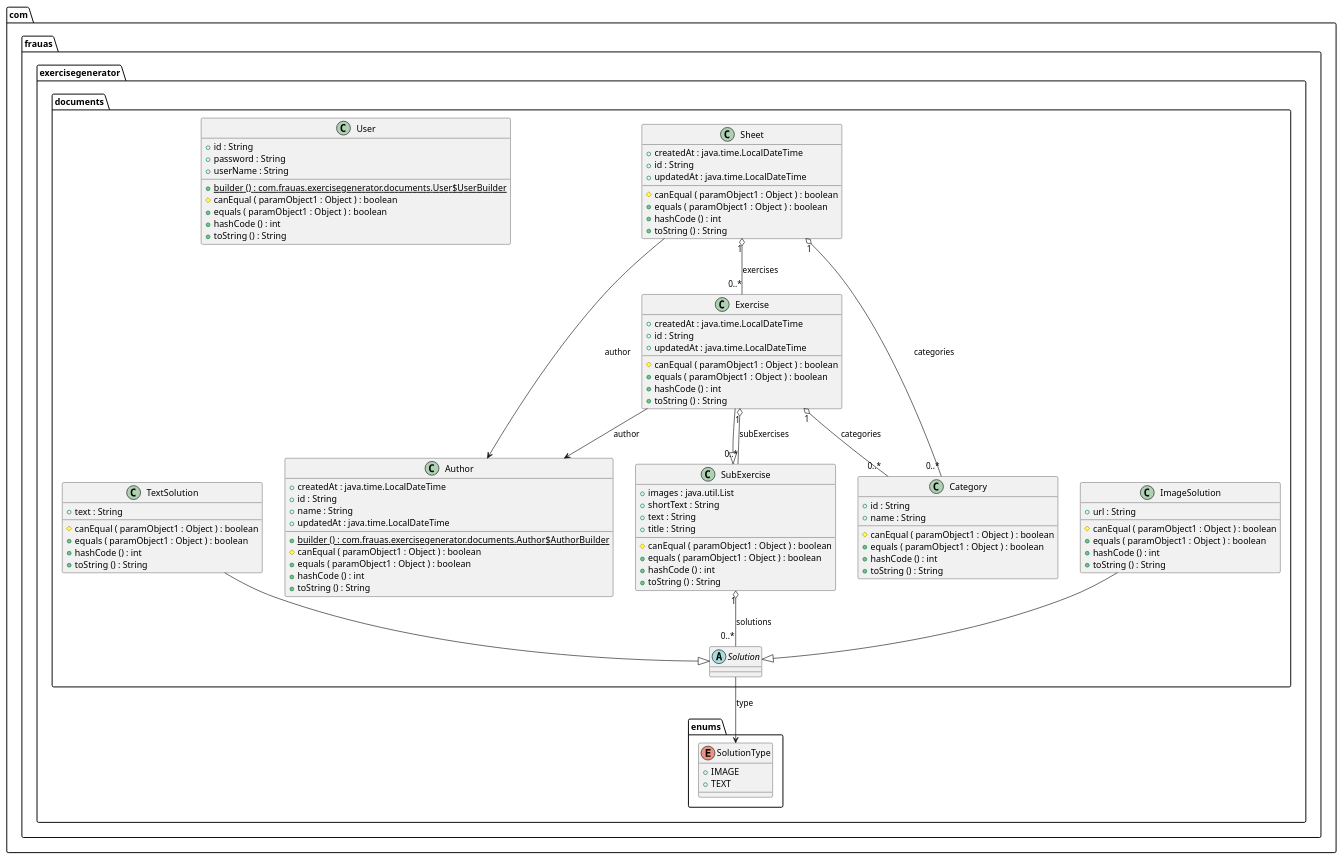
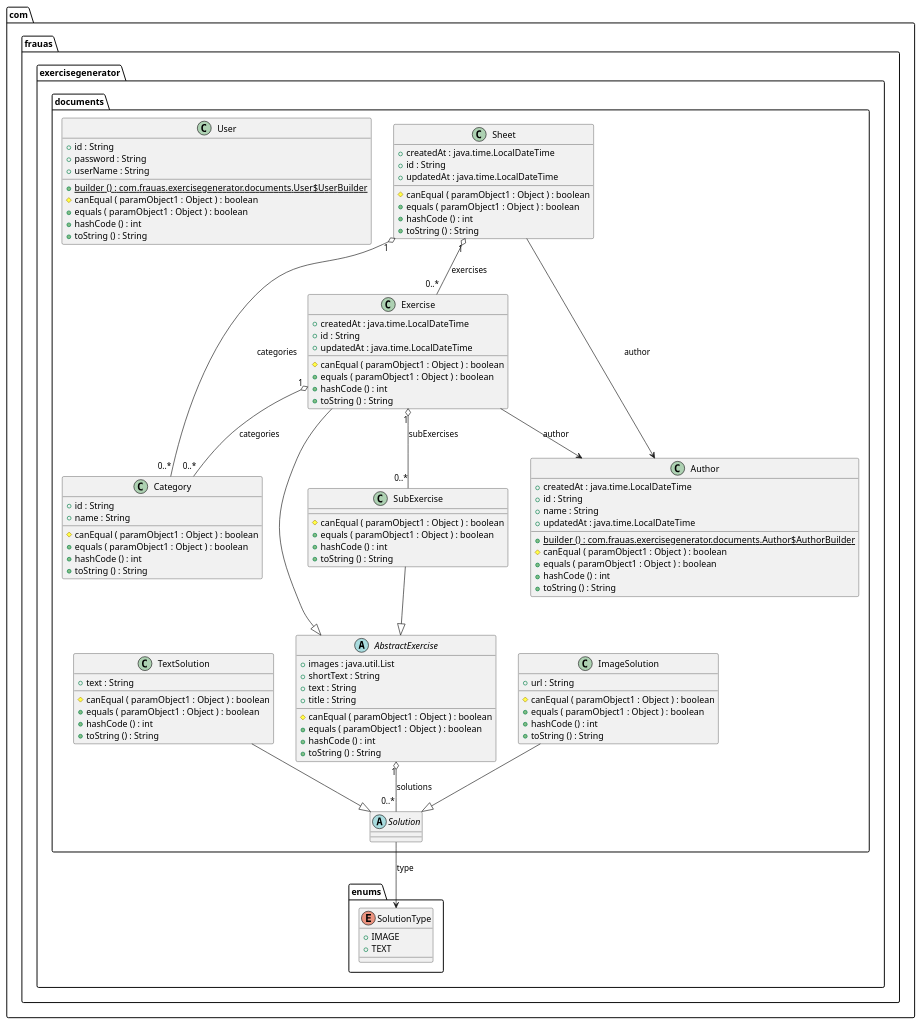
Before and after one commit to CarlaHofmann/exercise-generator-be: the diagram in doc/diagram.puml, drawn with PlantUML. The commit also changed 4 other files, not shown here.

Commit message:
fix: use abstract exercise class for inheritance

```diff
--- a/doc/diagram.puml
+++ b/doc/diagram.puml
@@ -1,115 +1,124 @@
 @startuml
+
+abstract class com.frauas.exercisegenerator.documents.AbstractExercise {
+	{field} +images : java.util.List
+	{field} +shortText : String
+	{field} +text : String
+	{field} +title : String
+	{method} #canEqual ( paramObject1 : Object ) : boolean
+	{method} +equals ( paramObject1 : Object ) : boolean
+	{method} +hashCode () : int
+	{method} +toString () : String
+}
+
 
 class com.frauas.exercisegenerator.documents.Author {
 	{field} +createdAt : java.time.LocalDateTime
 	{field} +id : String
 	{field} +name : String
 	{field} +updatedAt : java.time.LocalDateTime
 	{method}  {static} +builder () : com.frauas.exercisegenerator.documents.Author$AuthorBuilder
 	{method} #canEqual ( paramObject1 : Object ) : boolean
 	{method} +equals ( paramObject1 : Object ) : boolean
 	{method} +hashCode () : int
 	{method} +toString () : String
 }
 
 
 class com.frauas.exercisegenerator.documents.Category {
 	{field} +id : String
 	{field} +name : String
 	{method} #canEqual ( paramObject1 : Object ) : boolean
 	{method} +equals ( paramObject1 : Object ) : boolean
 	{method} +hashCode () : int
 	{method} +toString () : String
 }
 
 
 class com.frauas.exercisegenerator.documents.Exercise {
 	{field} +createdAt : java.time.LocalDateTime
 	{field} +id : String
 	{field} +updatedAt : java.time.LocalDateTime
 	{method} #canEqual ( paramObject1 : Object ) : boolean
 	{method} +equals ( paramObject1 : Object ) : boolean
 	{method} +hashCode () : int
 	{method} +toString () : String
 }
 
 
 class com.frauas.exercisegenerator.documents.ImageSolution {
 	{field} +url : String
 	{method} #canEqual ( paramObject1 : Object ) : boolean
 	{method} +equals ( paramObject1 : Object ) : boolean
 	{method} +hashCode () : int
 	{method} +toString () : String
 }
 
 
 class com.frauas.exercisegenerator.documents.Sheet {
 	{field} +createdAt : java.time.LocalDateTime
 	{field} +id : String
 	{field} +updatedAt : java.time.LocalDateTime
 	{method} #canEqual ( paramObject1 : Object ) : boolean
 	{method} +equals ( paramObject1 : Object ) : boolean
 	{method} +hashCode () : int
 	{method} +toString () : String
 }
 
 
 abstract class com.frauas.exercisegenerator.documents.Solution {
 }
 
 
 class com.frauas.exercisegenerator.documents.SubExercise {
-	{field} +images : java.util.List
-	{field} +shortText : String
-	{field} +text : String
-	{field} +title : String
 	{method} #canEqual ( paramObject1 : Object ) : boolean
 	{method} +equals ( paramObject1 : Object ) : boolean
 	{method} +hashCode () : int
 	{method} +toString () : String
 }
 
 
 class com.frauas.exercisegenerator.documents.TextSolution {
 	{field} +text : String
 	{method} #canEqual ( paramObject1 : Object ) : boolean
 	{method} +equals ( paramObject1 : Object ) : boolean
 	{method} +hashCode () : int
 	{method} +toString () : String
 }
 
 
 class com.frauas.exercisegenerator.documents.User {
 	{field} +id : String
 	{field} +password : String
 	{field} +userName : String
 	{method}  {static} +builder () : com.frauas.exercisegenerator.documents.User$UserBuilder
 	{method} #canEqual ( paramObject1 : Object ) : boolean
 	{method} +equals ( paramObject1 : Object ) : boolean
 	{method} +hashCode () : int
 	{method} +toString () : String
 }
 
 
 enum com.frauas.exercisegenerator.enums.SolutionType {
 	{field} +IMAGE
 	{field} +TEXT
 }
 
 
 
 
+com.frauas.exercisegenerator.documents.AbstractExercise "1" o-- "0..*"  com.frauas.exercisegenerator.documents.Solution : solutions
 com.frauas.exercisegenerator.documents.Exercise "1" o-- "0..*"  com.frauas.exercisegenerator.documents.Category : categories
 com.frauas.exercisegenerator.documents.Exercise "1" o-- "0..*"  com.frauas.exercisegenerator.documents.SubExercise : subExercises
 com.frauas.exercisegenerator.documents.Exercise -->  com.frauas.exercisegenerator.documents.Author : author
-com.frauas.exercisegenerator.documents.Exercise --|>  com.frauas.exercisegenerator.documents.SubExercise
+com.frauas.exercisegenerator.documents.Exercise --|>  com.frauas.exercisegenerator.documents.AbstractExercise
 com.frauas.exercisegenerator.documents.ImageSolution --|>  com.frauas.exercisegenerator.documents.Solution
 com.frauas.exercisegenerator.documents.Sheet "1" o-- "0..*"  com.frauas.exercisegenerator.documents.Category : categories
 com.frauas.exercisegenerator.documents.Sheet "1" o-- "0..*"  com.frauas.exercisegenerator.documents.Exercise : exercises
 com.frauas.exercisegenerator.documents.Sheet -->  com.frauas.exercisegenerator.documents.Author : author
 com.frauas.exercisegenerator.documents.Solution -->  com.frauas.exercisegenerator.enums.SolutionType : type
-com.frauas.exercisegenerator.documents.SubExercise "1" o-- "0..*"  com.frauas.exercisegenerator.documents.Solution : solutions
+com.frauas.exercisegenerator.documents.SubExercise --|>  com.frauas.exercisegenerator.documents.AbstractExercise
 com.frauas.exercisegenerator.documents.TextSolution --|>  com.frauas.exercisegenerator.documents.Solution
 
 
 @enduml
```
